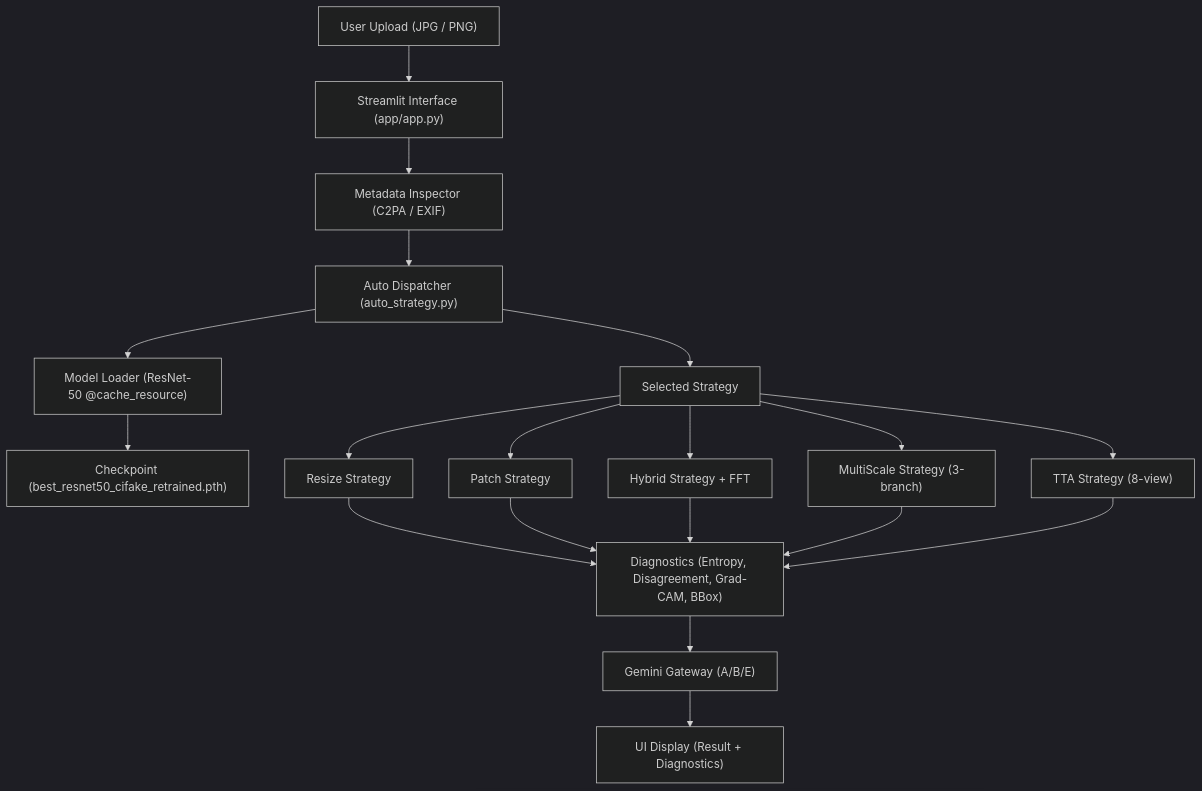
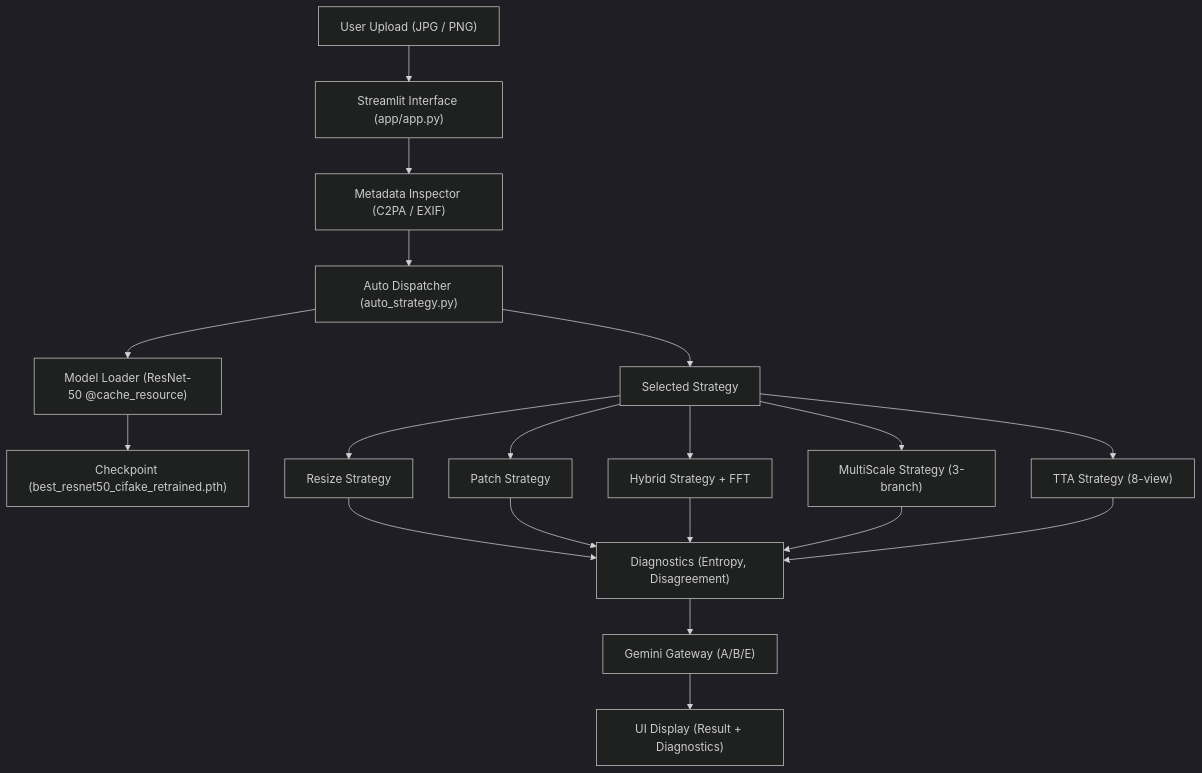
The first of 4 diagrams in docs/02_system_architecture.md (rominkevadiya/ALGONAUTS_INTERNAL_LJ_HACK), drawn with Mermaid (dark theme) before and after one commit. The commit also changed other lines of this file and 9 other files, not shown here.

Commit message:
feat: remove visual evidence feature (bounding boxes and grad-cam)

````diff
--- a/docs/02_system_architecture.md
+++ b/docs/02_system_architecture.md
@@ -49,17 +47,17 @@
 ```mermaid
 graph TD
     User["User Upload (JPG / PNG)"] --> UI["Streamlit Interface (app/app.py)"]
     UI --> Meta["Metadata Inspector (C2PA / EXIF)"]
     Meta --> Auto["Auto Dispatcher (auto_strategy.py)"]
     Auto --> Loader["Model Loader (ResNet-50 @cache_resource)"]
     Loader --> Checkpoint["Checkpoint (best_resnet50_cifake_retrained.pth)"]
     Auto --> Strategy["Selected Strategy"]
     Strategy --> Resize["Resize Strategy"]
     Strategy --> Patch["Patch Strategy"]
     Strategy --> Hybrid["Hybrid Strategy + FFT"]
     Strategy --> Multiscale["MultiScale Strategy (3-branch)"]
     Strategy --> TTA["TTA Strategy (8-view)"]
-    Resize & Patch & Hybrid & Multiscale & TTA --> Diag["Diagnostics (Entropy, Disagreement, Grad-CAM, BBox)"]
+    Resize & Patch & Hybrid & Multiscale & TTA --> Diag["Diagnostics (Entropy, Disagreement)"]
     Diag --> Gemini["Gemini Gateway (A/B/E)"]
     Gemini --> Output["UI Display (Result + Diagnostics)"]
 ```
````
